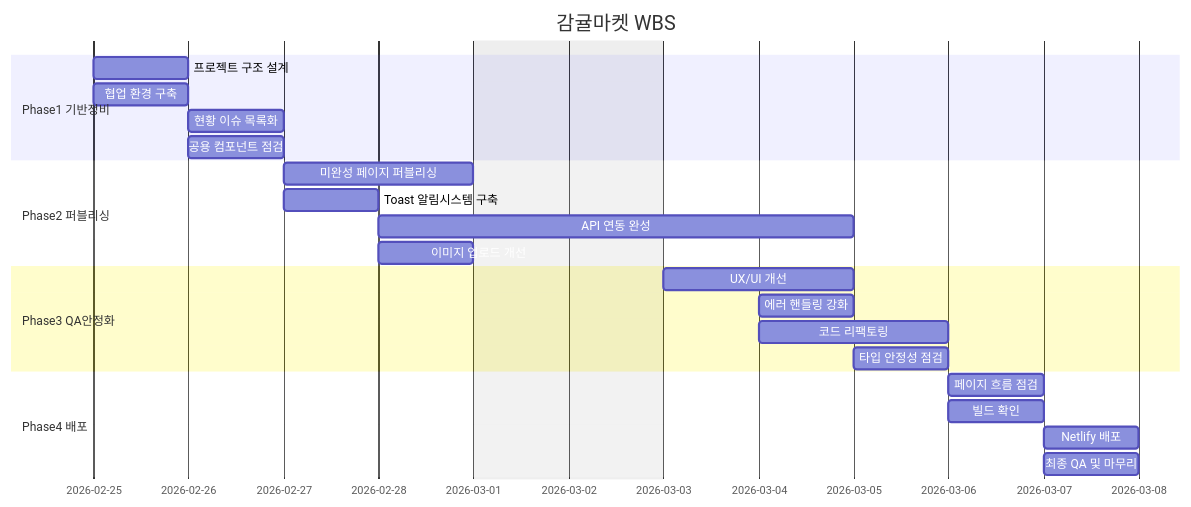
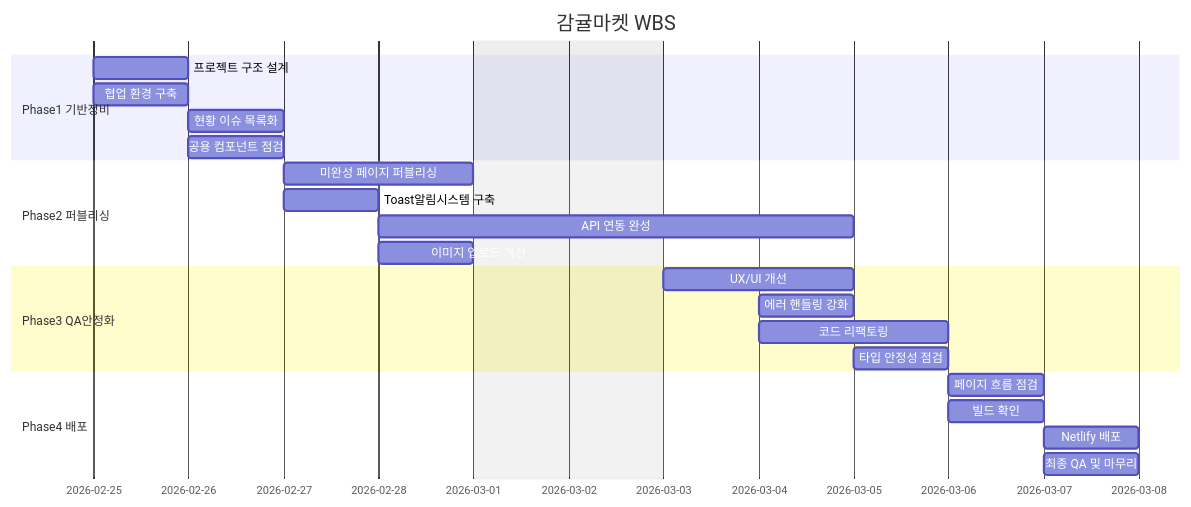
One commit to OrangeSNS/gamgyul-market changed the diagram in README.md. Above: the diagram before and after it, drawn with Mermaid.

Commit message:
docs: update README mermaid diagram

````diff
--- a/README.md
+++ b/README.md
@@ -242,30 +242,30 @@
 ```mermaid
 gantt
     title 감귤마켓 WBS
     dateFormat YYYY-MM-DD
     excludes 2026-03-01, 2026-03-02
 
     section Phase1 기반정비
     프로젝트 구조 설계    :p1-1, 2026-02-25, 1d
     협업 환경 구축            :p1-2, 2026-02-25, 1d
     현황 이슈 목록화          :p1-3, 2026-02-26, 1d
     공용 컴포넌트 점검   :p1-4, 2026-02-26, 1d
 
     section Phase2 퍼블리싱
     미완성 페이지 퍼블리싱    :p2-1, 2026-02-27, 2d
-    Toast 알림시스템 구축    :p2-2, 2026-02-27, 1d
+    Toast알림시스템 구축    :p2-2, 2026-02-27, 1d
     API 연동 완성             :p2-3, 2026-02-28, 3d
     이미지 업로드 개선        :p2-4, 2026-02-28, 1d
 
     section Phase3 QA안정화
     UX/UI 개선                :p3-1, 2026-03-03, 2d
     에러 핸들링 강화          :p3-2, 2026-03-04, 1d
     코드 리팩토링             :p3-3, 2026-03-04, 2d
     타입 안정성 점검          :p3-4, 2026-03-05, 1d
 
     section Phase4 배포
     페이지 흐름 점검          :p4-1, 2026-03-06, 1d
     빌드 확인                 :p4-2, 2026-03-06, 1d
     Netlify 배포              :p4-3, 2026-03-07, 1d
     최종 QA 및 마무리         :p4-4, 2026-03-07, 1d
 ```
````
